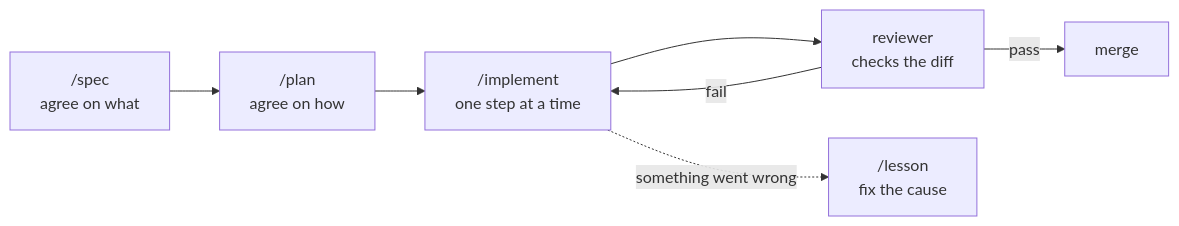
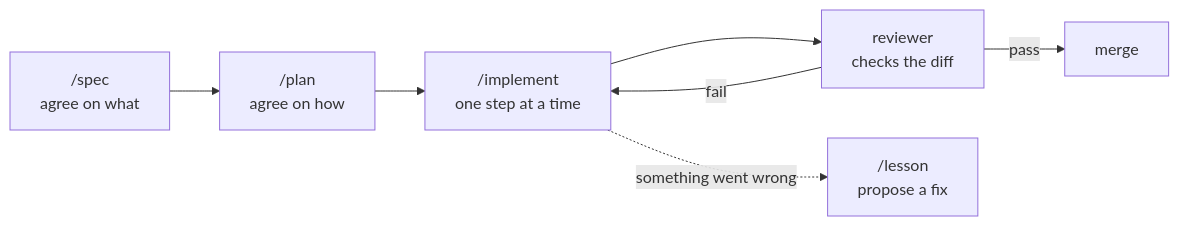
Before and after one commit to Aiatulla/agent-kit: the diagram in README.md, drawn with Mermaid. The commit also changed other lines of this file, not shown here.

````diff
--- a/README.md
+++ b/README.md
@@ -33,9 +33,9 @@
 ```mermaid
 flowchart LR
     A["/spec<br/>agree on what"] --> B["/plan<br/>agree on how"]
     B --> C["/implement<br/>one step at a time"]
     C --> D["reviewer<br/>checks the diff"]
     D -->|pass| E["merge"]
     D -->|fail| C
-    C -.->|something went wrong| F["/lesson<br/>fix the cause"]
+    C -.->|something went wrong| F["/lesson<br/>propose a fix"]
 ```
````
